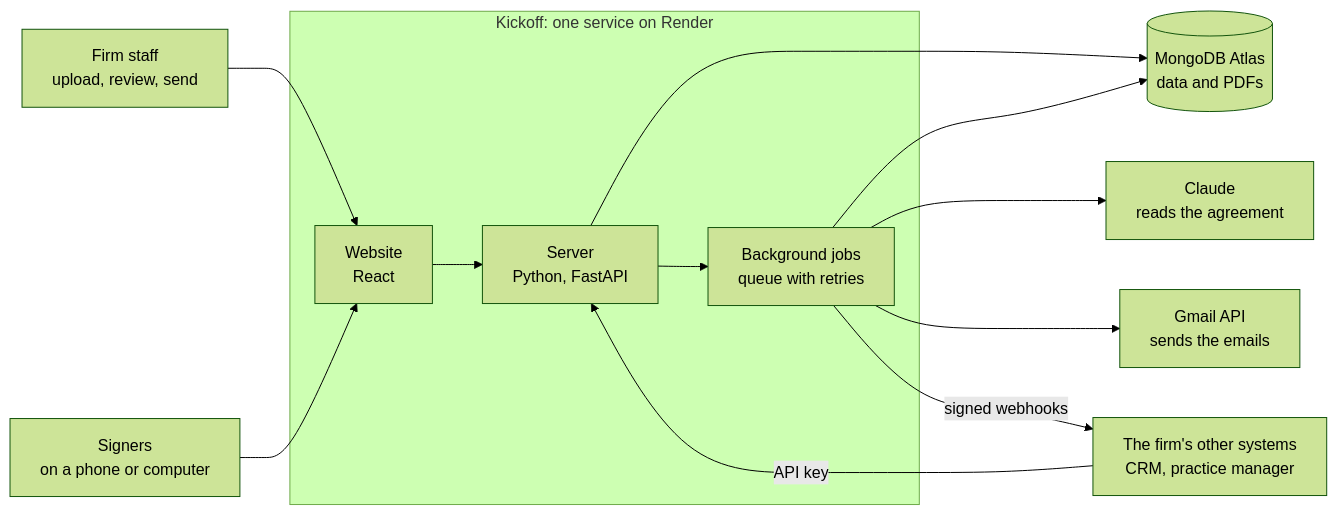
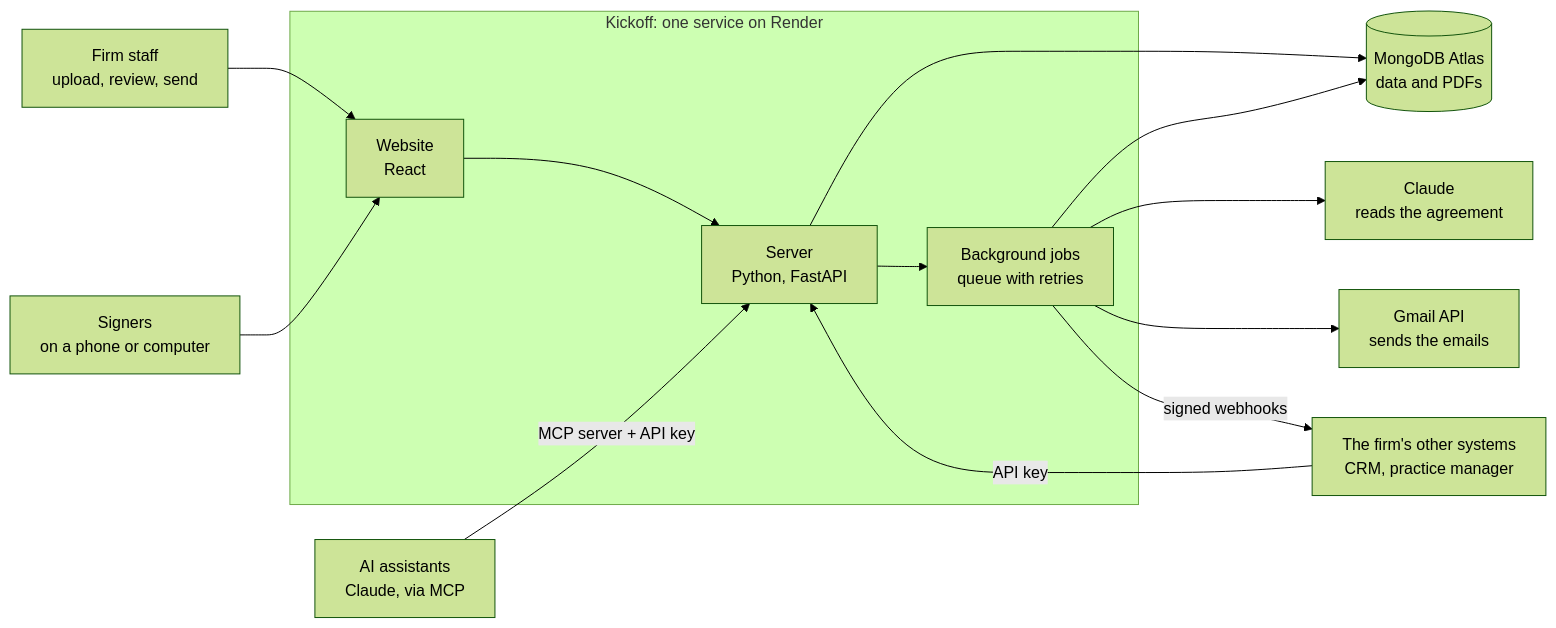
The first of 2 diagrams in README.md (Mriks42/client-agreement-automation), drawn with Mermaid (forest theme) before and after one commit. The commit also changed other lines of this file and 3 other files, not shown here.

Commit message:
docs: the MCP server in the README, DECISIONS (item 16) and CLAUDE.md; quieter server logs

````diff
--- a/README.md
+++ b/README.md
@@ -56,27 +61,28 @@
 ```mermaid
 flowchart LR
     staff["Firm staff<br/>upload, review, send"]
     signers["Signers<br/>on a phone or computer"]
     other["The firm's other systems<br/>CRM, practice manager"]
 
     subgraph kickoff["Kickoff: one service on Render"]
         web["Website<br/>React"]
         api["Server<br/>Python, FastAPI"]
         jobs["Background jobs<br/>queue with retries"]
     end
 
     db[("MongoDB Atlas<br/>data and PDFs")]
     claude["Claude<br/>reads the agreement"]
     gmail["Gmail API<br/>sends the emails"]
 
     staff --> web
     signers --> web
     web --> api
     other -- "API key" --> api
+    assistant["AI assistants<br/>Claude, via MCP"] -- "MCP server + API key" --> api
     api --> db
     api --> jobs
     jobs --> db
     jobs --> claude
     jobs --> gmail
     jobs -- "signed webhooks" --> other
 ```
````
